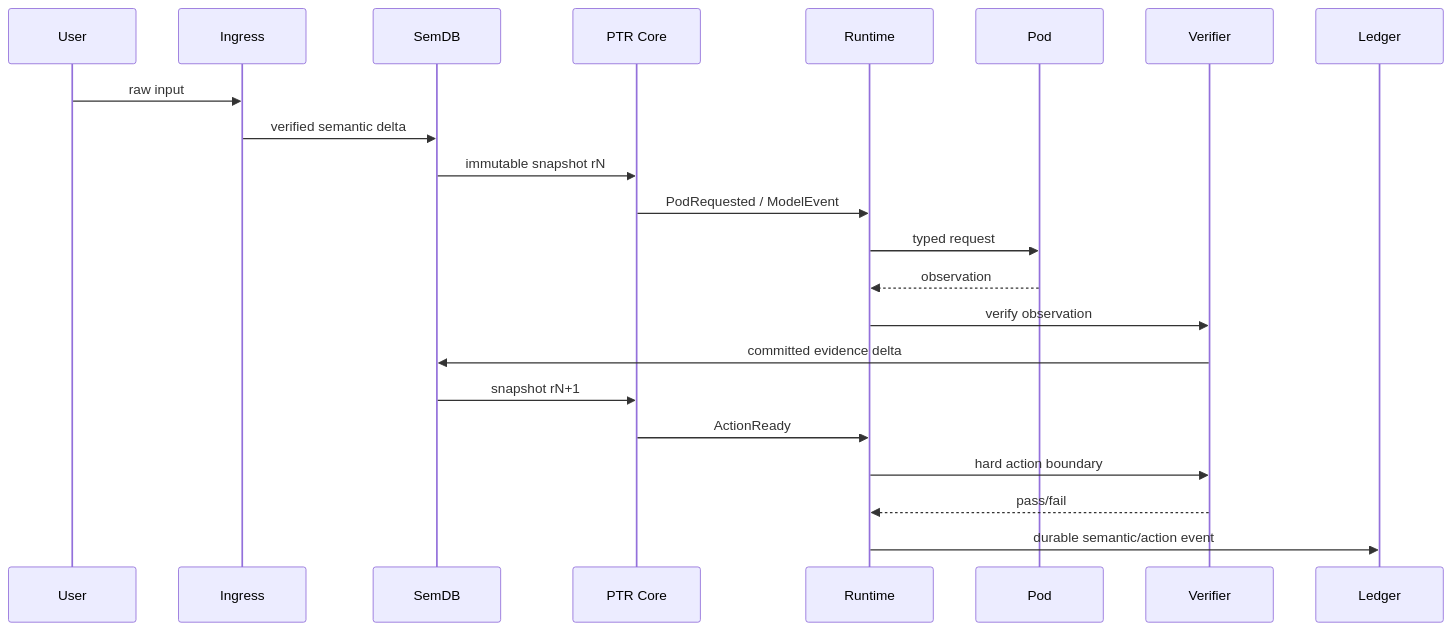
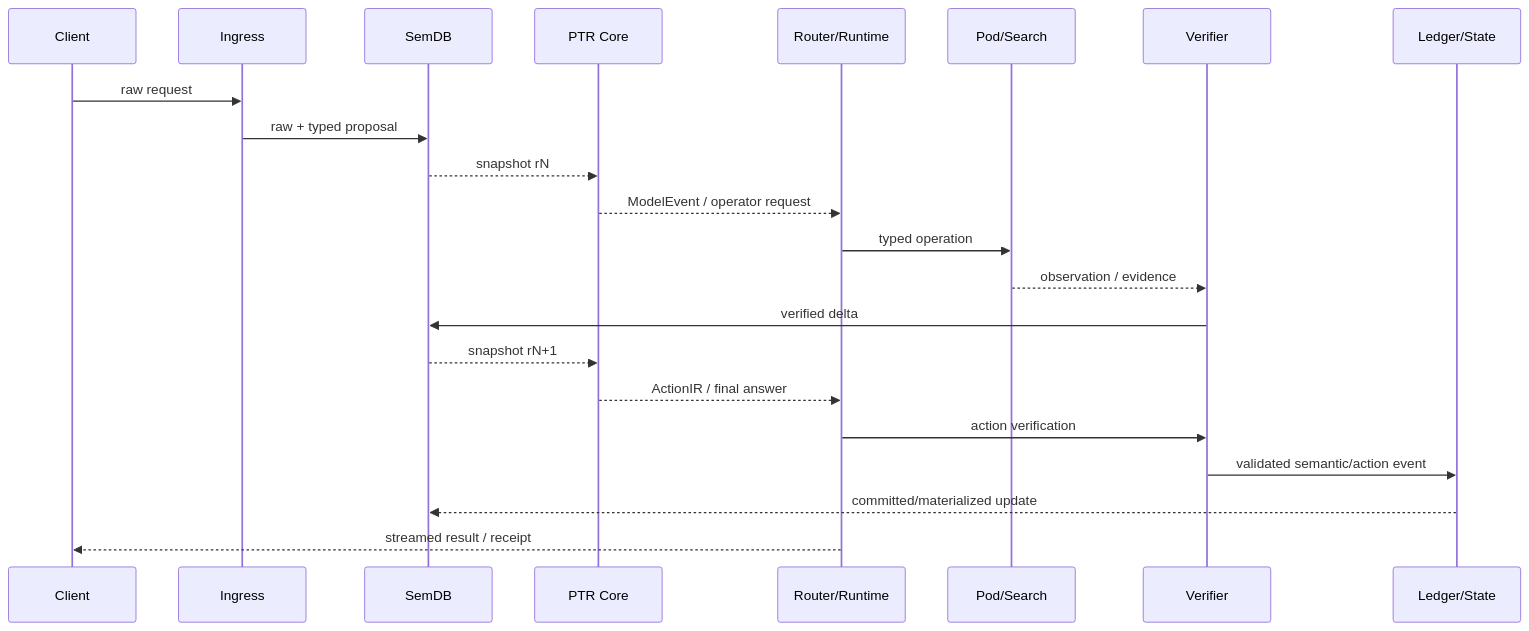
Before and after one commit to xrey167/PTR: the diagram in docs/diagrams/request-lifecycle.mmd, drawn with Mermaid. The commit also changed 94 other files, not shown here.

Commit message:
Document every PTR component and architecture plane

```diff
--- a/docs/diagrams/request-lifecycle.mmd
+++ b/docs/diagrams/request-lifecycle.mmd
@@ -1,22 +1,22 @@
 sequenceDiagram
-participant U as User
-participant I as Ingress
-participant S as SemDB
-participant C as PTR Core
-participant R as Runtime
-participant P as Pod
-participant V as Verifier
-participant L as Ledger
-U->>I: raw input
-I->>S: verified semantic delta
-S->>C: immutable snapshot rN
-C->>R: PodRequested / ModelEvent
-R->>P: typed request
-P-->>R: observation
-R->>V: verify observation
-V->>S: committed evidence delta
-S->>C: snapshot rN+1
-C->>R: ActionReady
-R->>V: hard action boundary
-V-->>R: pass/fail
-R->>L: durable semantic/action event
+  participant C as Client
+  participant I as Ingress
+  participant S as SemDB
+  participant M as PTR Core
+  participant R as Router/Runtime
+  participant P as Pod/Search
+  participant V as Verifier
+  participant L as Ledger/State
+  C->>I: raw request
+  I->>S: raw + typed proposal
+  S-->>M: snapshot rN
+  M-->>R: ModelEvent / operator request
+  R->>P: typed operation
+  P-->>V: observation / evidence
+  V->>S: verified delta
+  S-->>M: snapshot rN+1
+  M-->>R: ActionIR / final answer
+  R->>V: action verification
+  V->>L: validated semantic/action event
+  L-->>S: committed/materialized update
+  R-->>C: streamed result / receipt
```
